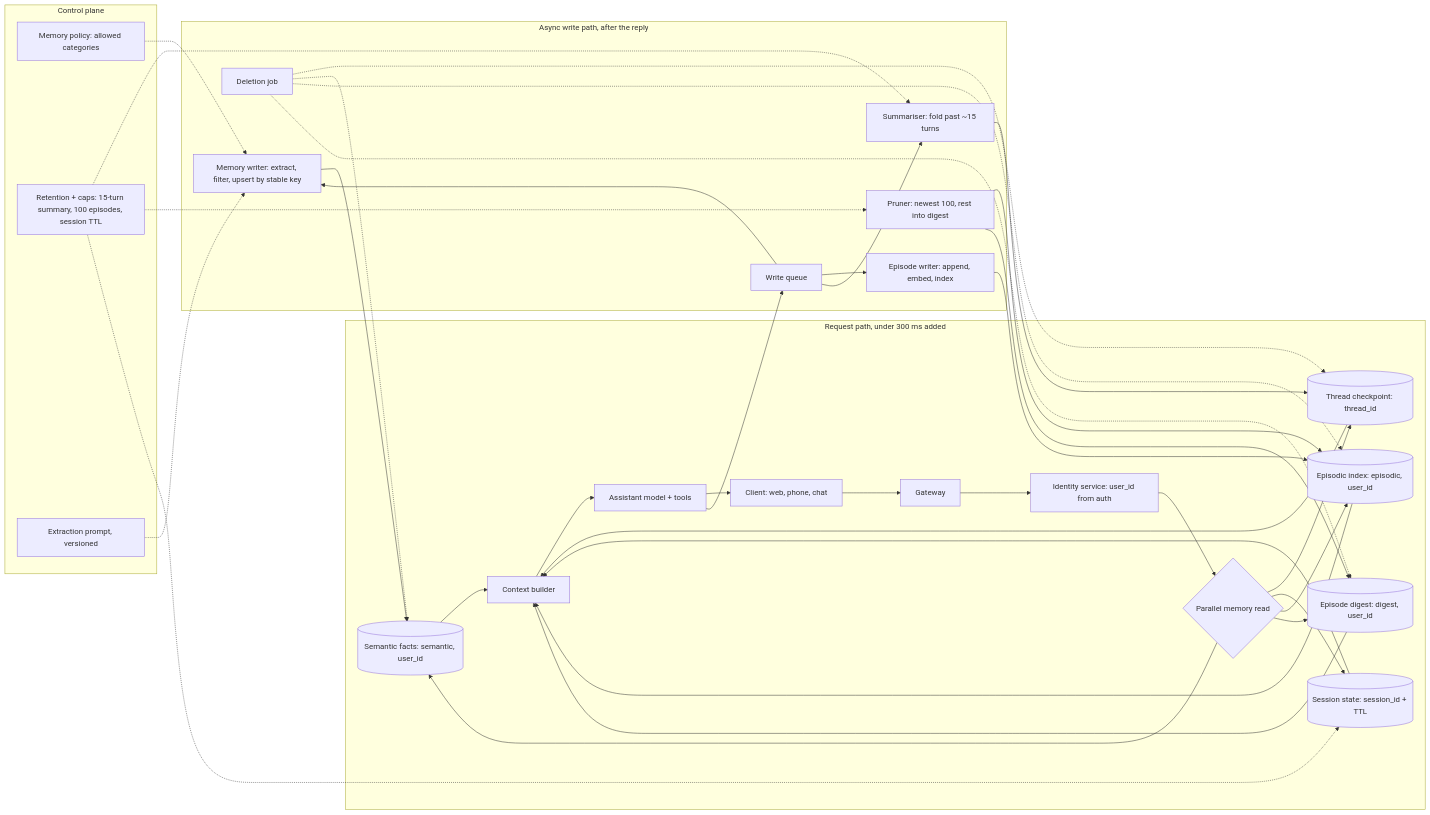
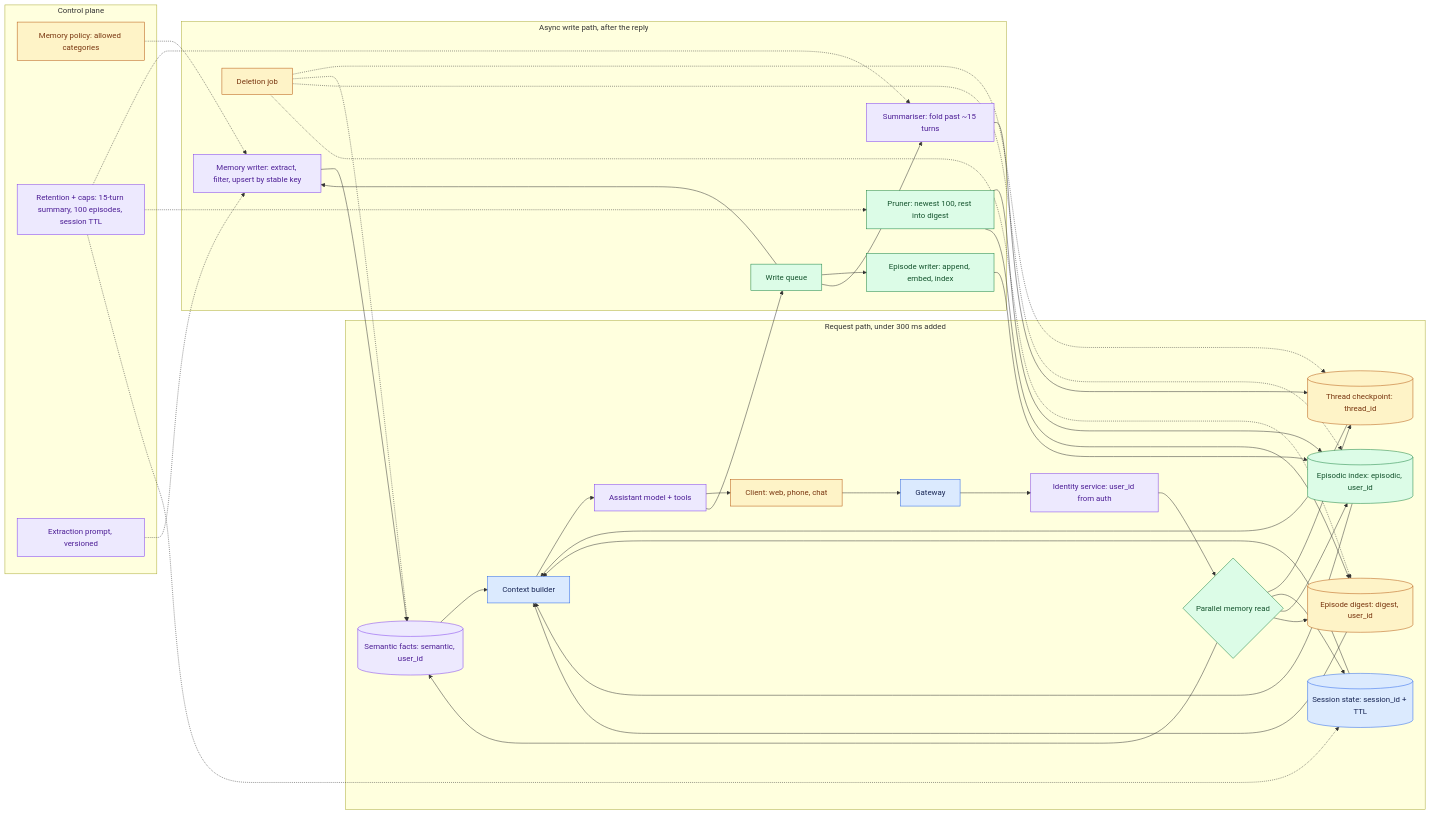
The third of 3 diagrams in site/content/modules/15-fde-case-studies/standalone-designs/personal-assistant-with-memory/guide.md (Sourav692/Forward-Deployed-Engineer-Interview-Prep), drawn with Mermaid before and after one commit. The commit also changed other lines of this file and 1268 other files, not shown here.

First line of the commit message:
content: polish Casebook writing and Mermaid diagrams (#251)

````diff
--- a/site/content/modules/15-fde-case-studies/standalone-designs/personal-assistant-with-memory/guide.md
+++ b/site/content/modules/15-fde-case-studies/standalone-designs/personal-assistant-with-memory/guide.md
@@ -148,40 +188,50 @@
 ```mermaid
 flowchart LR
     subgraph CP[Control plane]
         MP[Memory policy: allowed categories]
         RC[Retention + caps: 15-turn summary, 100 episodes, session TTL]
         EP[Extraction prompt, versioned]
     end
 
     subgraph REQ[Request path, under 300 ms added]
         C[Client: web, phone, chat] --> GW[Gateway]
         GW --> ID[Identity service: user_id from auth]
         ID --> FO{Parallel memory read}
         FO --> TC[(Thread checkpoint: thread_id)]
         FO --> SS[(Session state: session_id + TTL)]
         FO --> SF[(Semantic facts: semantic, user_id)]
         FO --> EV[(Episodic index: episodic, user_id)]
         FO --> DG[(Episode digest: digest, user_id)]
         TC & SS & SF & EV & DG --> CB[Context builder]
         CB --> M[Assistant model + tools]
         M --> C
     end
 
     subgraph WR[Async write path, after the reply]
         Q[Write queue] --> MW[Memory writer: extract, filter, upsert by stable key]
         Q --> EW[Episode writer: append, embed, index]
         Q --> SU[Summariser: fold past ~15 turns]
         PR[Pruner: newest 100, rest into digest]
         DEL[Deletion job]
     end
 
     M --> Q
     MW --> SF
     EW --> EV
     SU --> TC
     PR --> EV & DG
     DEL -.-> TC & SF & EV & DG
     MP -.-> MW
     RC -.-> SU & PR & SS
     EP -.-> MW
+
+    %% Casebook colours: entry, reasoning, results, controls, and stopped paths.
+    classDef cbPolicy fill:#fef3c7,stroke:#b45309,color:#78350f
+    class MP,C,TC,DG,DEL cbPolicy
+    classDef cbReason fill:#ede9fe,stroke:#7c3aed,color:#4c1d95
+    class RC,EP,ID,SF,M,MW,SU cbReason
+    classDef cbInput fill:#dbeafe,stroke:#2563eb,color:#172554
+    class GW,SS,CB cbInput
+    classDef cbAction fill:#dcfce7,stroke:#15803d,color:#14532d
+    class FO,EV,Q,EW,PR cbAction
 ```
````
